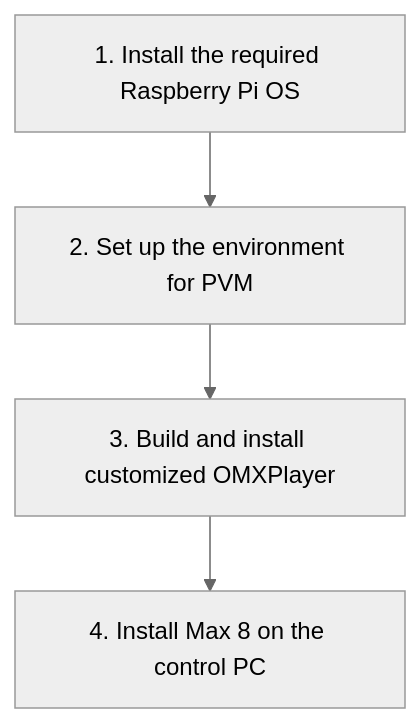
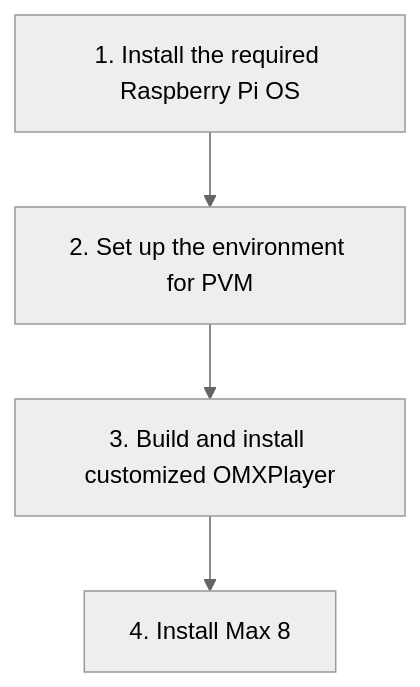
One commit to omarcostahamido/PVM changed the diagram in README.md. Above: the diagram before and after it, drawn with Mermaid (neutral theme). The commit also changed other lines of this file, not shown here.

````diff
--- a/README.md
+++ b/README.md
@@ -15,7 +15,7 @@
 ```mermaid
 graph TD;
 A[1. Install the required Raspberry Pi OS] --> B;
 B[2. Set up the environment for PVM] --> C;
 C[3. Build and install customized OMXPlayer] --> D;
-D[4. Install Max 8 on the control PC]
+D[4. Install Max 8]
 ```
````
